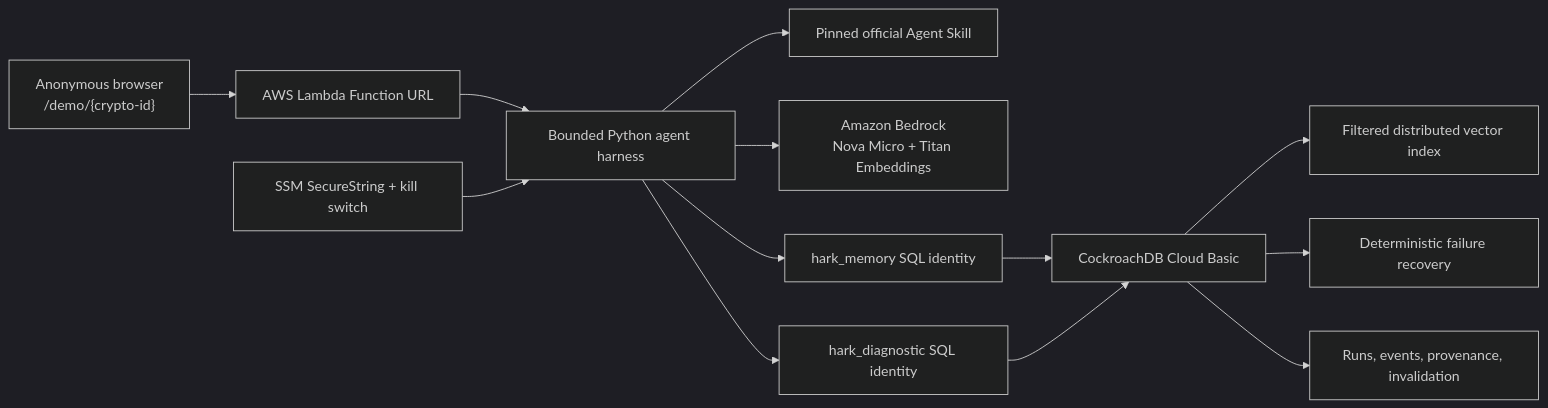
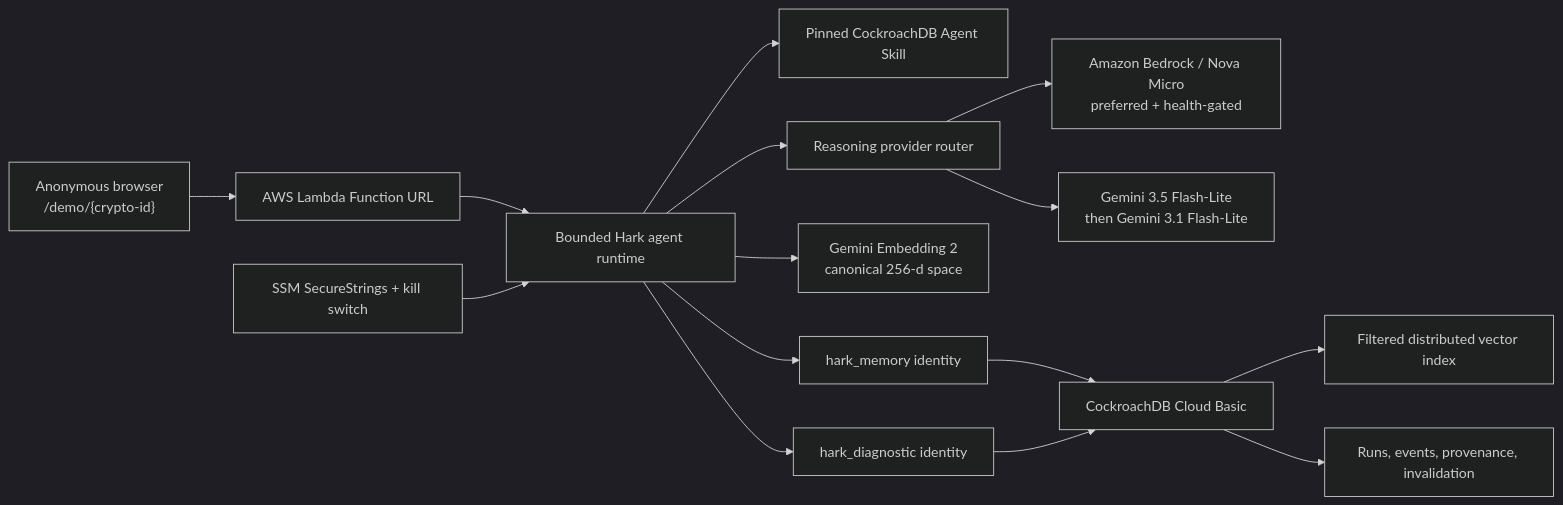
The diagram in README.md (PrathmeshAdsod/HARK), drawn with Mermaid (dark theme) before and after one commit. The commit also changed other lines of this file and 15 other files, not shown here.

````diff
--- a/README.md
+++ b/README.md
@@ -31,15 +29,17 @@
 ```mermaid
 flowchart LR
     Browser["Anonymous browser\n/demo/{crypto-id}"] --> URL["AWS Lambda Function URL"]
-    URL --> App["Bounded Python agent harness"]
-    App --> Skill["Pinned official Agent Skill"]
-    App --> Bedrock["Amazon Bedrock\nNova Micro + Titan Embeddings"]
-    App --> Memory["hark_memory SQL identity"]
-    App --> Diagnostic["hark_diagnostic SQL identity"]
+    URL --> App["Bounded Hark agent runtime"]
+    App --> Skill["Pinned CockroachDB Agent Skill"]
+    App --> Router["Reasoning provider router"]
+    Router --> Bedrock["Amazon Bedrock / Nova Micro\npreferred + health-gated"]
+    Router --> Gemini["Gemini 3.5 Flash-Lite\nthen Gemini 3.1 Flash-Lite"]
+    App --> Embed["Gemini Embedding 2\ncanonical 256-d space"]
+    App --> Memory["hark_memory identity"]
+    App --> Diagnostic["hark_diagnostic identity"]
     Memory --> CRDB["CockroachDB Cloud Basic"]
     Diagnostic --> CRDB
     CRDB --> Vector["Filtered distributed vector index"]
-    CRDB --> Failure["Deterministic failure recovery"]
     CRDB --> Evidence["Runs, events, provenance, invalidation"]
-    SSM["SSM SecureString + kill switch"] --> App
+    SSM["SSM SecureStrings + kill switch"] --> App
 ```
````
